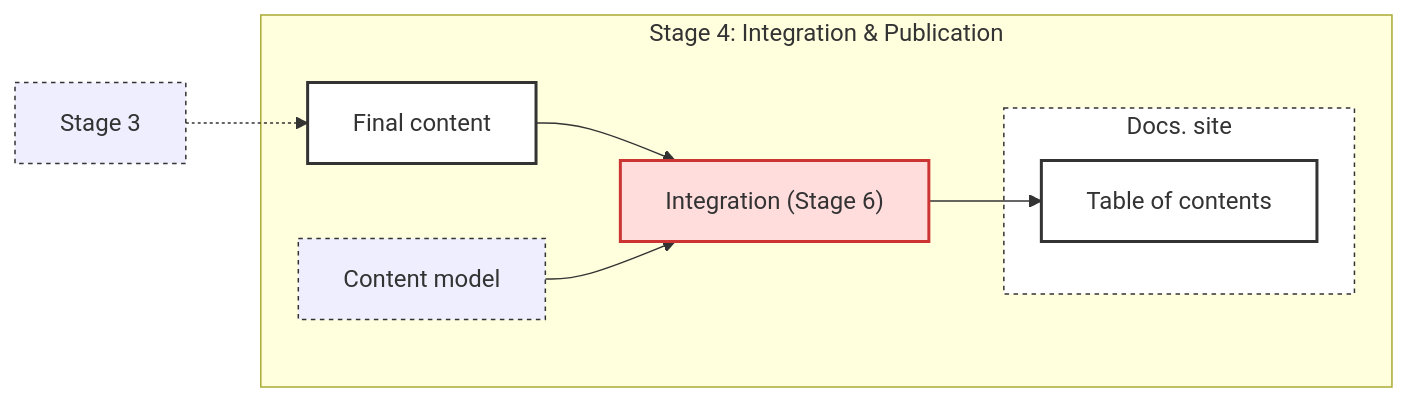
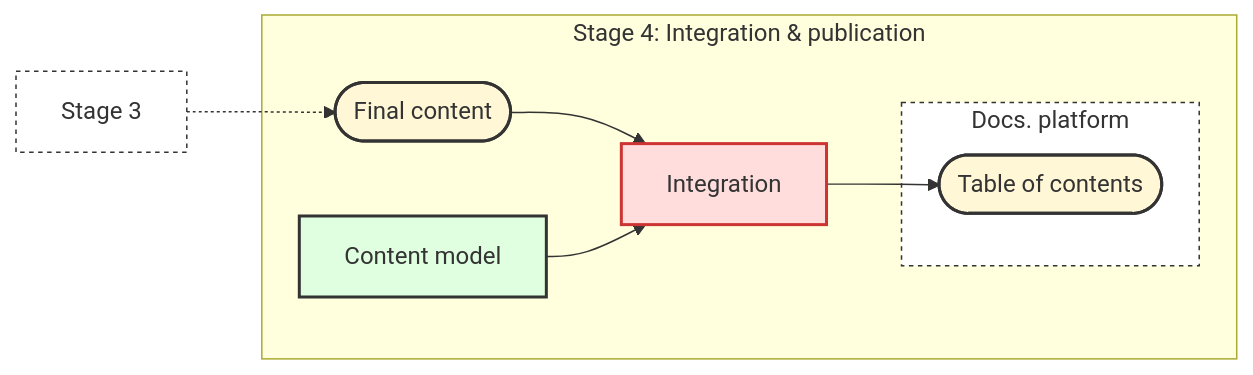
Before and after one commit to status-im/ift-docs: the fourth of 4 diagrams in docs-standards/00-end-to-end-documentation-guide.md, drawn with Mermaid. The commit also changed other lines of this file, not shown here.

Commit message:
(#44) content fixes and updates

````diff
--- a/docs-standards/00-end-to-end-documentation-guide.md
+++ b/docs-standards/00-end-to-end-documentation-guide.md
@@ -140,26 +151,28 @@
 ```mermaid
 flowchart LR
-    subgraph Stage4["Stage 4: Integration & Publication"]
-        FC["Final content"] --> INT["Integration (Stage 6)"] --> TOC
-        CM["Content model"] --> INT
+    subgraph Stage4["Stage 4: Integration & publication"]
+        FC([Final content]):::artifact --> INT["Integration"]:::action
 
-        %% Docs site as neutral container holding Table of contents
-        subgraph DOCSITE["Docs. site"]
-            TOC["Table of contents"]
+        subgraph DOCSITE["Docs. platform"]
+            TOC([Table of contents]):::artifact
         end
+
+        INT --> TOC
+        CM["Content model"]:::tool --> INT
     end
 
-    %% Show link from Stage 3
-    STAGE3["Stage 3"] -.-> FC
+    S3["Stage 3"]:::stage -.-> FC
 
     classDef main fill:#fff,stroke:#333,stroke-width:2px
-    classDef support fill:#eef,stroke:#333,stroke-dasharray: 3 3
-    classDef stage fill:#fdd,stroke:#c33,stroke-width:2px
-    classDef container fill:#fff,stroke:#333,stroke-dasharray: 3 3
+    classDef artifact fill:#FFF7D6,stroke:#333,stroke-width:2px
+    classDef action fill:#fdd,stroke:#c33,stroke-width:2px
+    classDef tool fill:#e0ffe0,stroke:#333,stroke-width:2px
+    classDef support fill:#eef,stroke:#333,stroke-dasharray:3 3
+    classDef stage fill:#fff,stroke:#333,stroke-dasharray:3 3
+    classDef container fill:#fff,stroke:#333,stroke-dasharray:3 3
 
-    class FC,TOC main
-    class CM support
-    class INT stage
+    class FC,TOC artifact
+    class INT action
+    class CM tool
     class DOCSITE container
-    class STAGE3 support
 ```
````
